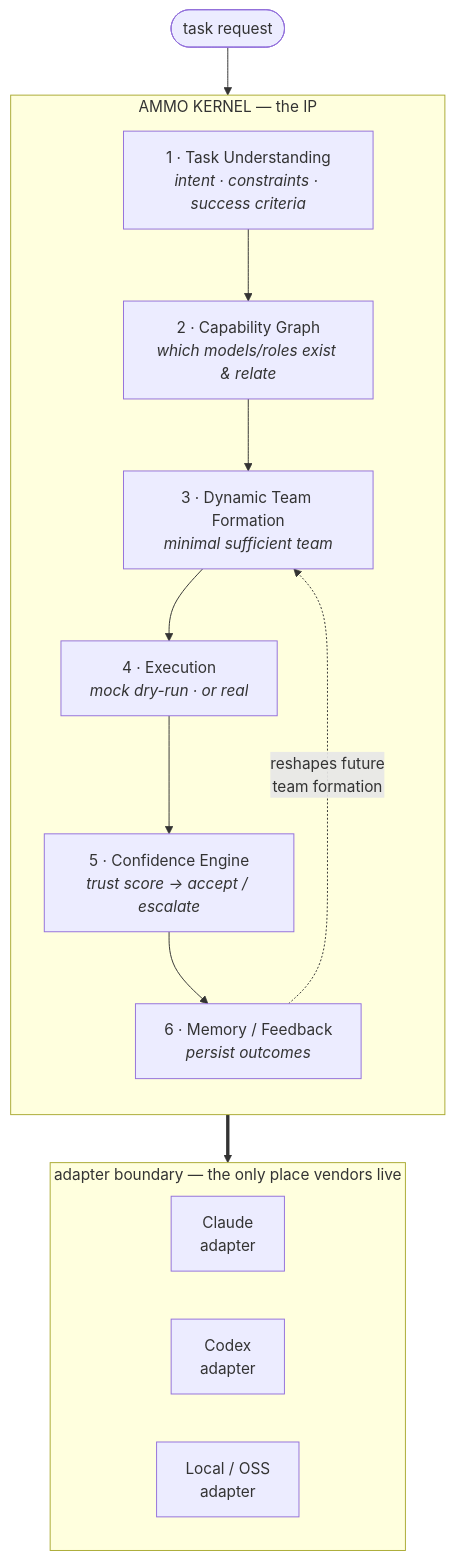
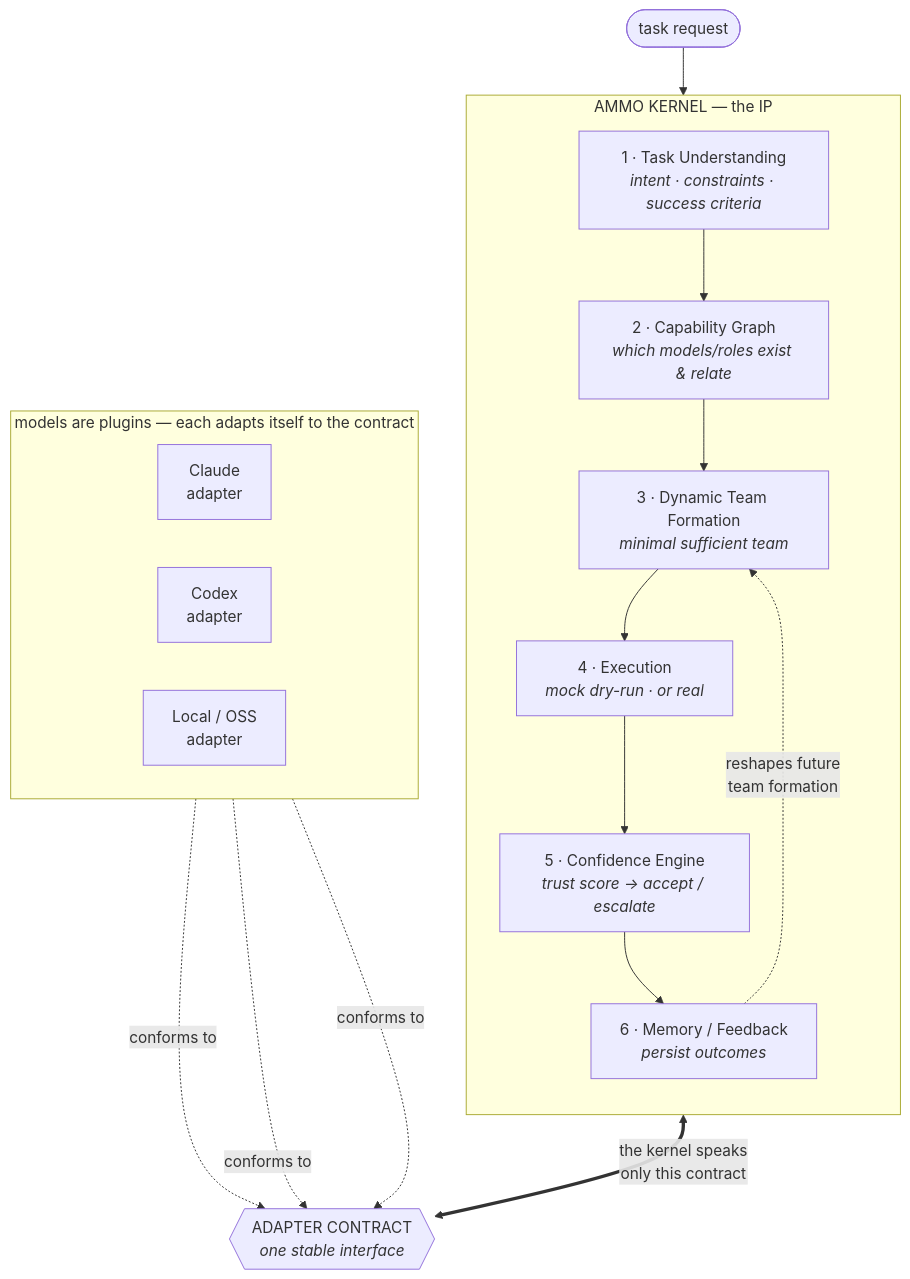
The diagram in README.md (lufelufe/ammo), drawn with Mermaid before and after one commit. The commit also changed other lines of this file, not shown here.

First line of the commit message:
docs: diagram — model adapters conform *up* to a single contract, not a flow arrow

````diff
--- a/README.md
+++ b/README.md
@@ -40,28 +40,32 @@
 ```mermaid
 flowchart TB
     task([task request])
 
     subgraph KERNEL["AMMO KERNEL  —  the IP"]
         direction TB
         TU["1 · Task Understanding<br/><i>intent · constraints · success criteria</i>"]
         CG["2 · Capability Graph<br/><i>which models/roles exist & relate</i>"]
         TF["3 · Dynamic Team Formation<br/><i>minimal sufficient team</i>"]
         EX["4 · Execution<br/><i>mock dry-run · or real</i>"]
         CE["5 · Confidence Engine<br/><i>trust score → accept / escalate</i>"]
         MEM["6 · Memory / Feedback<br/><i>persist outcomes</i>"]
 
         TU --> CG --> TF --> EX --> CE --> MEM
         MEM -. "reshapes future<br/>team formation" .-> TF
     end
 
     task --> TU
 
-    subgraph ADAPTERS["adapter boundary — the only place vendors live"]
+    EX <==>|"the kernel speaks<br/>only this contract"| CONTRACT{{"ADAPTER CONTRACT<br/><i>one stable interface</i>"}}
+
+    subgraph PLUGINS["models are plugins — each adapts itself to the contract"]
         direction LR
         A1["Claude<br/>adapter"]
         A2["Codex<br/>adapter"]
         A3["Local / OSS<br/>adapter"]
     end
 
-    EX ==> ADAPTERS
+    A1 -. "conforms to" .-> CONTRACT
+    A2 -. "conforms to" .-> CONTRACT
+    A3 -. "conforms to" .-> CONTRACT
 ```
````
